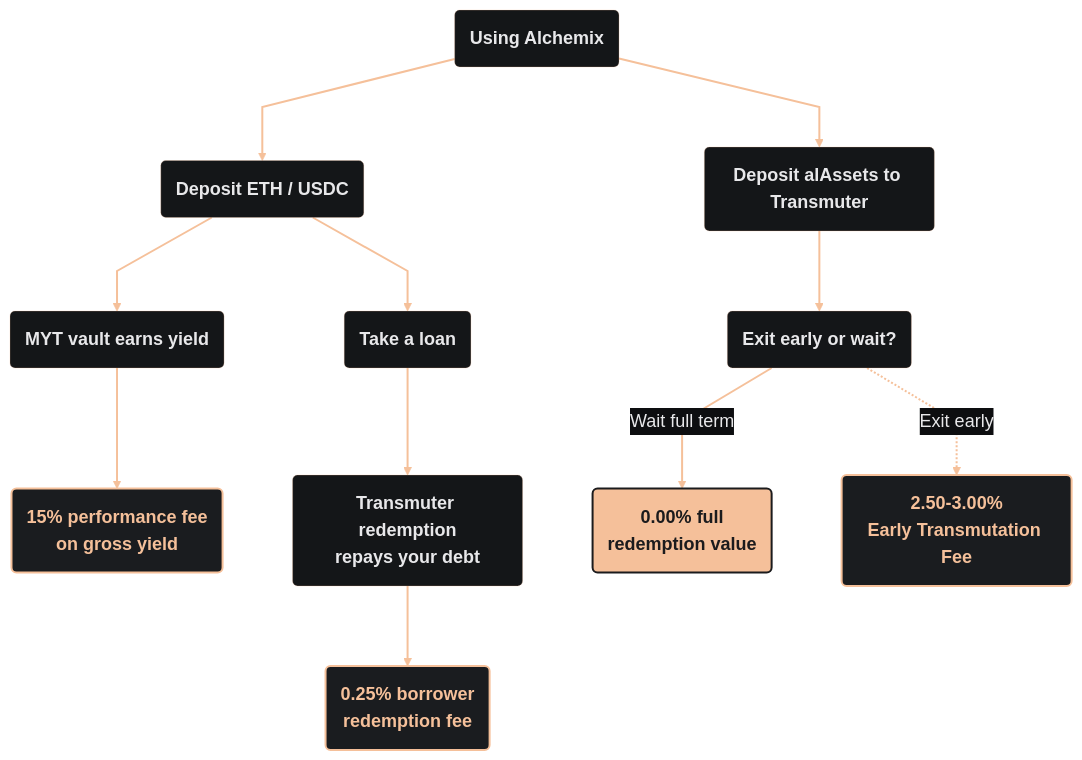
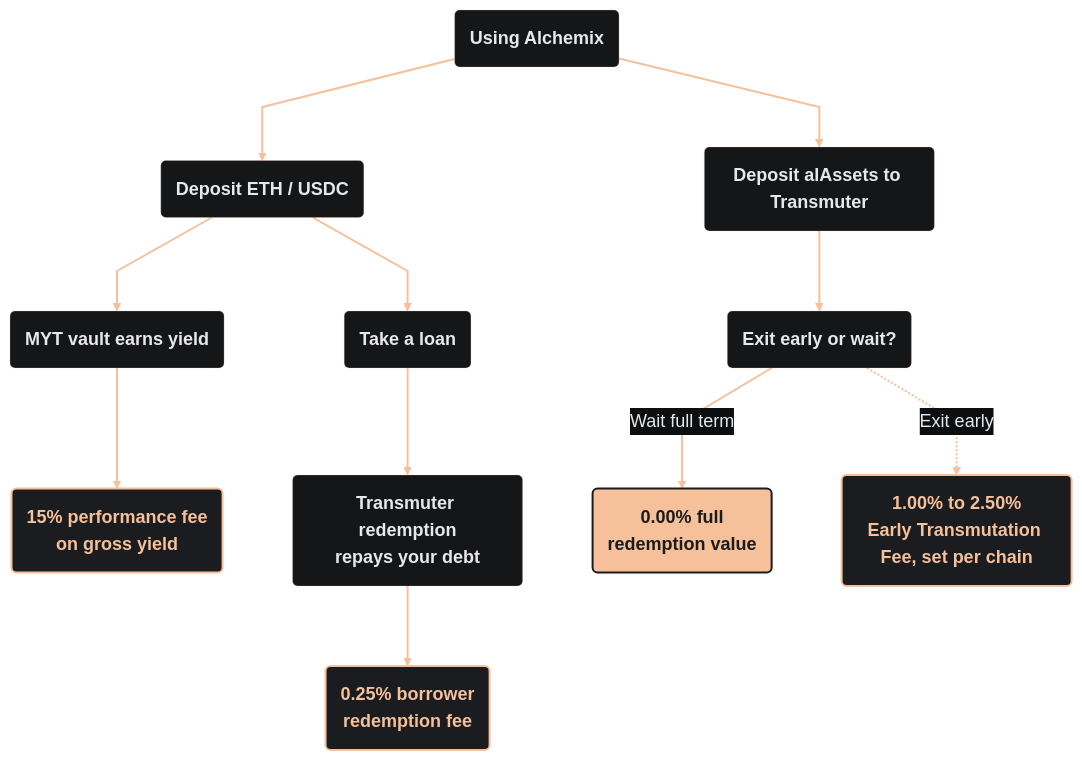
One commit to alchemix-finance/alchemix-v3-docs changed the diagram in docs/user/concepts/fees.md. Above: the diagram before and after it, drawn with Mermaid. The commit also changed other lines of this file and 35 other files, not shown here.

````diff
--- a/docs/user/concepts/fees.md
+++ b/docs/user/concepts/fees.md
@@ -14,32 +14,32 @@
 ```mermaid
 %%{init: {
   'theme': 'base',
   'themeVariables': {
     'fontFamily': 'Montserrat',
     'primaryColor': '#141618',
     'primaryBorderColor': 'rgba(245,192,154,0.25)',
     'primaryTextColor': '#e8e8ea',
     'lineColor': '#f5c09a',
     'edgeLabelBackground': '#0d0e10',
     'tertiaryColor': '#141618',
     'fontSize': '18px'
   },
   'flowchart': { 'curve': 'linear', 'nodeSpacing': 70, 'rankSpacing': 80 }
 }}%%
 flowchart TD
     classDef default font-weight:bold;
     classDef fee fill:#1a1c1f,stroke:#f5c09a,stroke-width:2px,color:#f5c09a;
     classDef free fill:#f5c09a,stroke:#1b1b1d,stroke-width:2px,color:#1b1b1d;
 
     A(Using Alchemix) --> B(Deposit ETH / USDC)
     A --> C(Deposit alAssets to Transmuter)
 
     B --> D(MYT vault earns yield) --> E(<b>15%</b> performance fee<br/><span style='color:#8a8f99'>on gross yield</span>):::fee
     B --> F(Take a loan) --> G(Transmuter redemption<br/>repays your debt) --> H(<b>0.25%</b> borrower<br/><span style='color:#8a8f99'>redemption fee</span>):::fee
 
     C --> I(Exit early or wait?)
     I -->|Wait full term| J(<b>0.00%</b> full<br/>redemption value):::free
-    I -.->|Exit early| K(<b>2.50-3.00%</b><br/><span style='color:#8a8f99'>Early Transmutation Fee</span>):::fee
+    I -.->|Exit early| K(<b>1.00% to 2.50%</b><br/><span style='color:#8a8f99'>Early Transmutation Fee, set per chain</span>):::fee
 
     linkStyle 0,1,2,3,4,5,6,7,8,9 stroke:#f5c09a,stroke-width:2px
 ```
````
